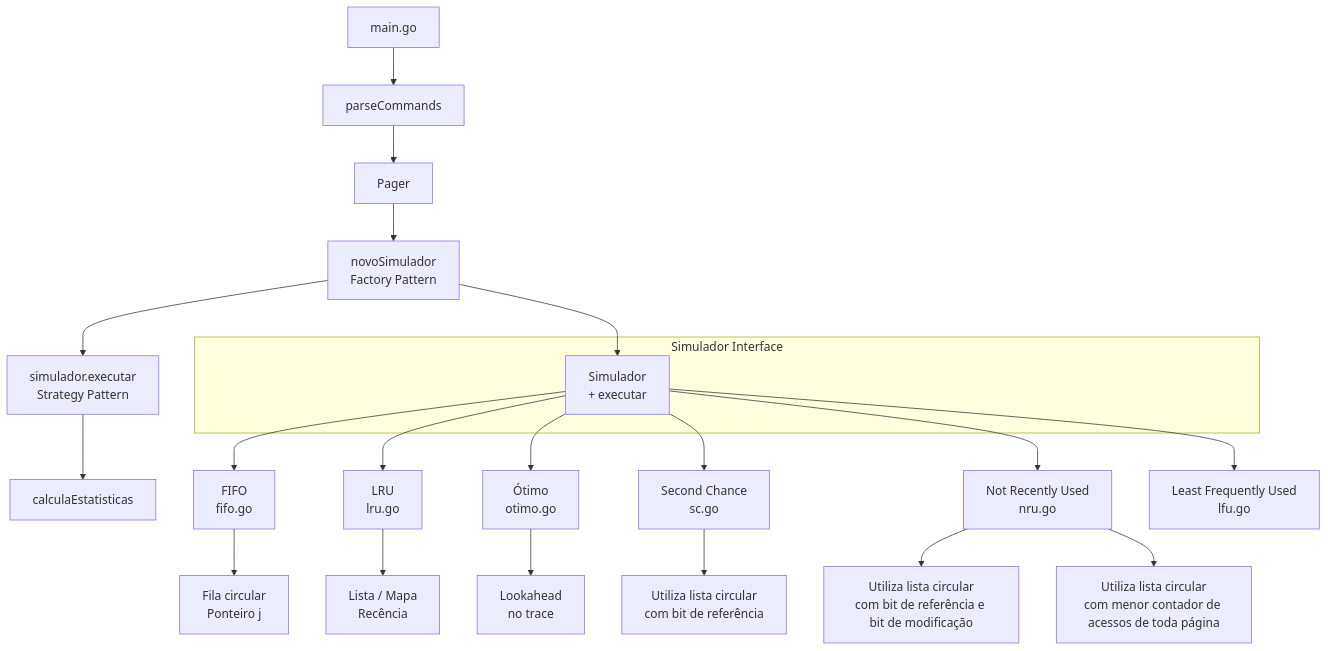
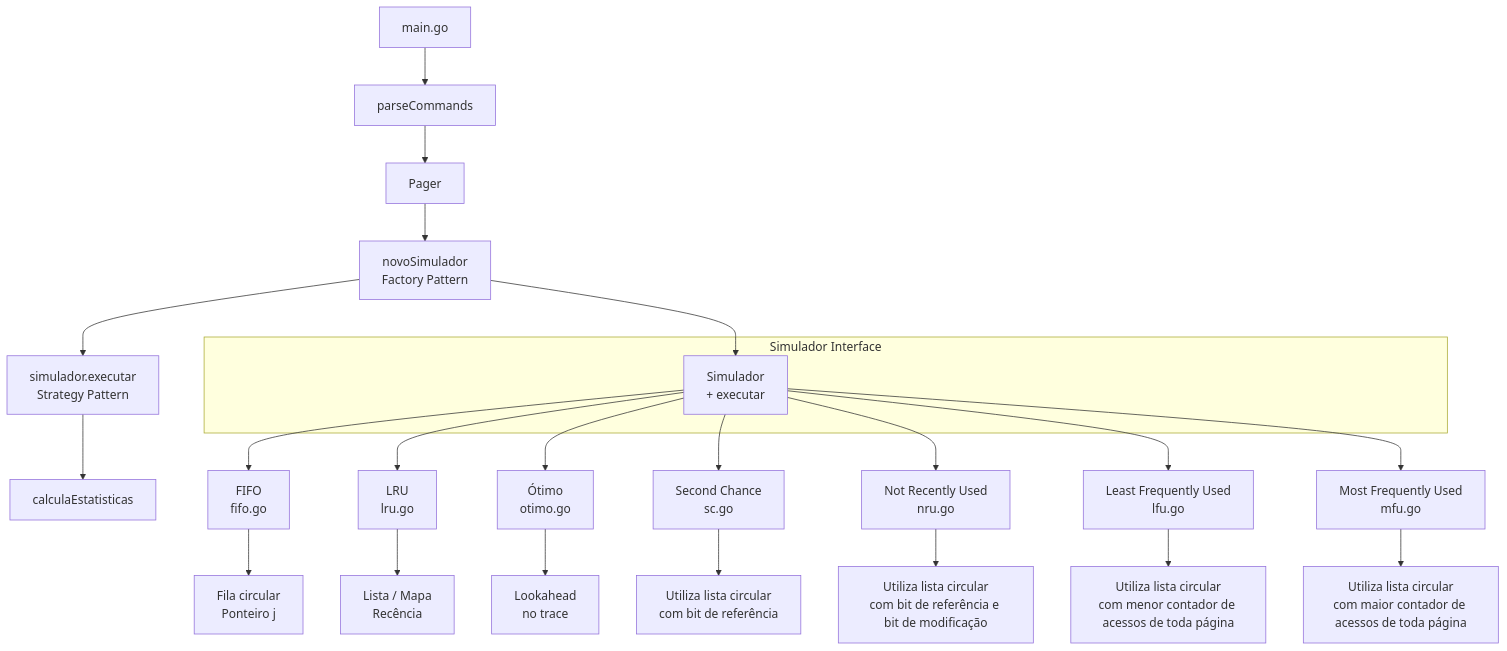
One commit to gcirineu18/Sistemas_operacionais changed the diagram in trabalho_4/README.md. Above: the diagram before and after it, drawn with Mermaid. The commit also changed 3 other files, not shown here.

````diff
--- a/trabalho_4/README.md
+++ b/trabalho_4/README.md
@@ -105,31 +105,33 @@
 ```mermaid
 flowchart TB
     main[main.go]
 
     main --> parse[parseCommands]
     parse --> pager[Pager]
     pager --> factory[novoSimulador<br/>Factory Pattern]
     factory --> exec[simulador.executar<br/>Strategy Pattern]
     exec --> stats[calculaEstatisticas]
 
     subgraph Simulador Interface
         I[Simulador<br/>+ executar]
     end
 
     factory --> I
 
     I --> FIFO[FIFO<br/>fifo.go]
     I --> LRU[LRU<br/>lru.go]
     I --> OPT[Ótimo<br/>otimo.go]
     I --> SC[Second Chance<br/>sc.go]
     I --> NRU[Not Recently Used<br/>nru.go]
     I --> LFU[Least Frequently Used<br/>lfu.go]
+    I --> MFU[Most Frequently Used<br/>mfu.go]
 
     FIFO --> fifo_desc[Fila circular<br/>Ponteiro j]
     LRU --> lru_desc[Lista / Mapa<br/>Recência]
     OPT --> opt_desc[Lookahead<br/>no trace]
     SC --> sc_desc[Utiliza lista circular<br/>com bit de referência]
     NRU --> nru_desc[Utiliza lista circular<br/>com bit de referência e bit de modificação]
-    NRU --> lfu_desc[Utiliza lista circular<br/>com menor contador de acessos de toda página]
+    LFU --> lfu_desc[Utiliza lista circular<br/>com menor contador de acessos de toda página]
+    MFU --> mfu_desc[Utiliza lista circular<br/>com maior contador de acessos de toda página]
 
 ```
````
